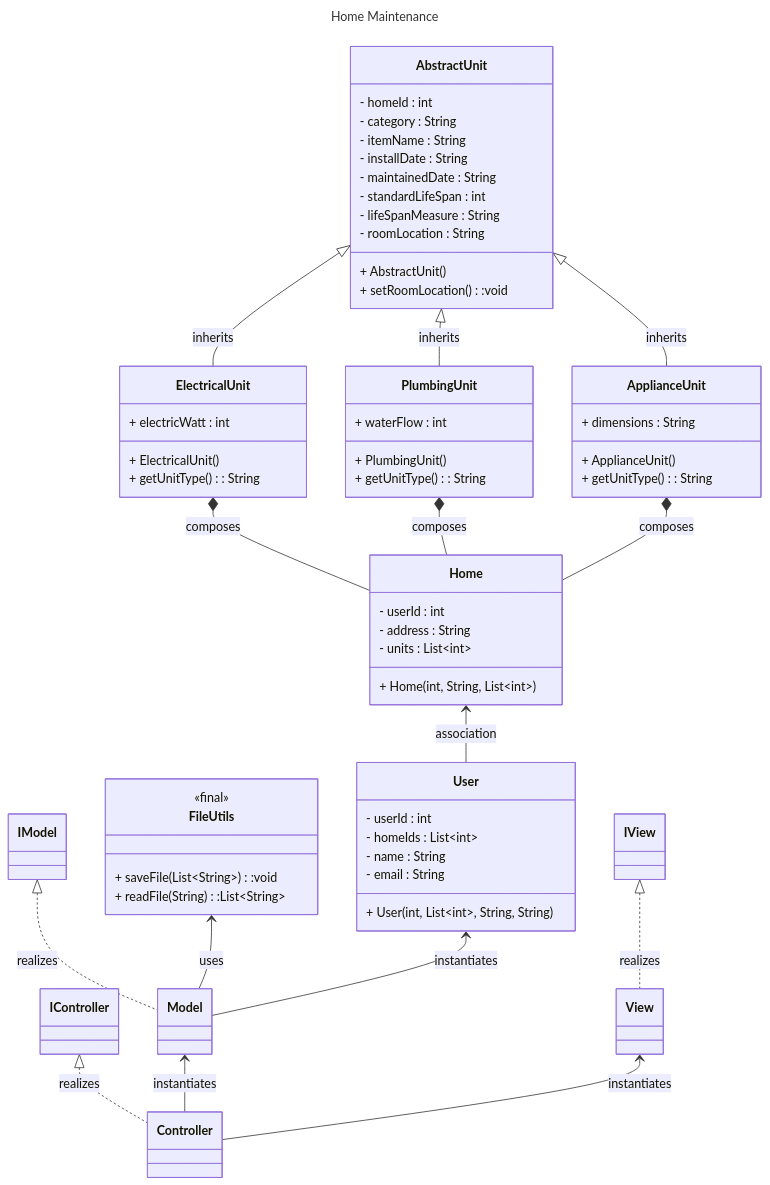
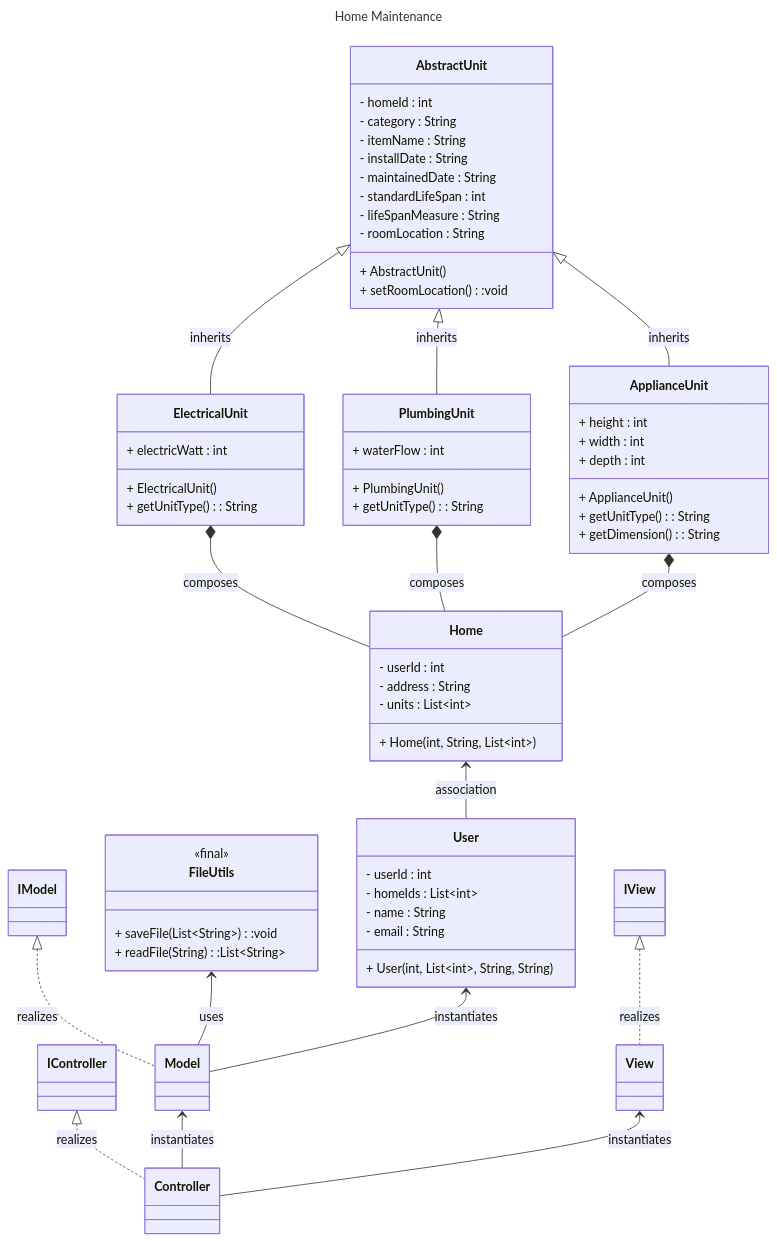
The diagram in DesignDocuments/DesignDocument.md (Sp25-CS5004-Online-Lionelle/final-project-group-4), drawn with Mermaid before and after one commit.

Commit message:
design adjustment

````diff
--- a/DesignDocuments/DesignDocument.md
+++ b/DesignDocuments/DesignDocument.md
@@ -5,76 +5,79 @@
 ```mermaid
 ---
 title: Home Maintenance
 ---
 
 classDiagram
     direction TD
     IController <|.. Controller : realizes
     IView <|.. View : realizes
     IModel <|.. Model : realizes
     FileUtils <-- Model : uses
     Model <-- Controller : instantiates
     View <-- Controller : instantiates
     AbstractUnit <|-- ElectricalUnit : inherits
     AbstractUnit <|-- PlumbingUnit : inherits
     AbstractUnit <|-- ApplianceUnit : inherits
     ElectricalUnit *-- Home : composes
     PlumbingUnit *-- Home : composes
     ApplianceUnit *-- Home : composes
     Home <-- User : association
     User <-- Model : instantiates
 
     class FileUtils {
         <<final>>
         + saveFile(List~String~):void
         + readFile(String):List~String~
     }
 
     class AbstractUnit {
         - homeId : int
         - category : String
         - itemName : String
         - installDate : String
         - maintainedDate : String
         - standardLifeSpan : int
         - lifeSpanMeasure : String
         - roomLocation : String
         + AbstractUnit()
         + setRoomLocation():void
     }
 
     class ElectricalUnit {
         + electricWatt : int
         + ElectricalUnit()
         + getUnitType() : String
     }
 
     class PlumbingUnit {
         + waterFlow : int
         + PlumbingUnit()
         + getUnitType() : String
 
     }
 
     class ApplianceUnit {
-        + dimensions : String
+        + height : int
+        + width : int
+        + depth : int
         + ApplianceUnit()
         + getUnitType() : String
+        + getDimension() : String
     }
 
     class User {
         - userId : int
         - homeIds : List~int~
         - name : String
         - email : String
         + User(int, List~int~, String, String)
     }
 
     class Home {
         - userId : int
         - address : String
         - units : List~int~
         + Home(int, String, List~int~)
 
     }
 ```
````
